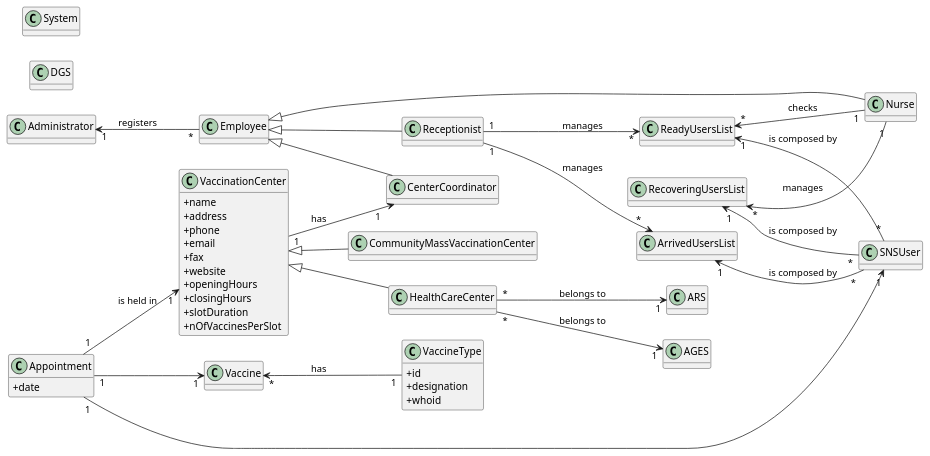
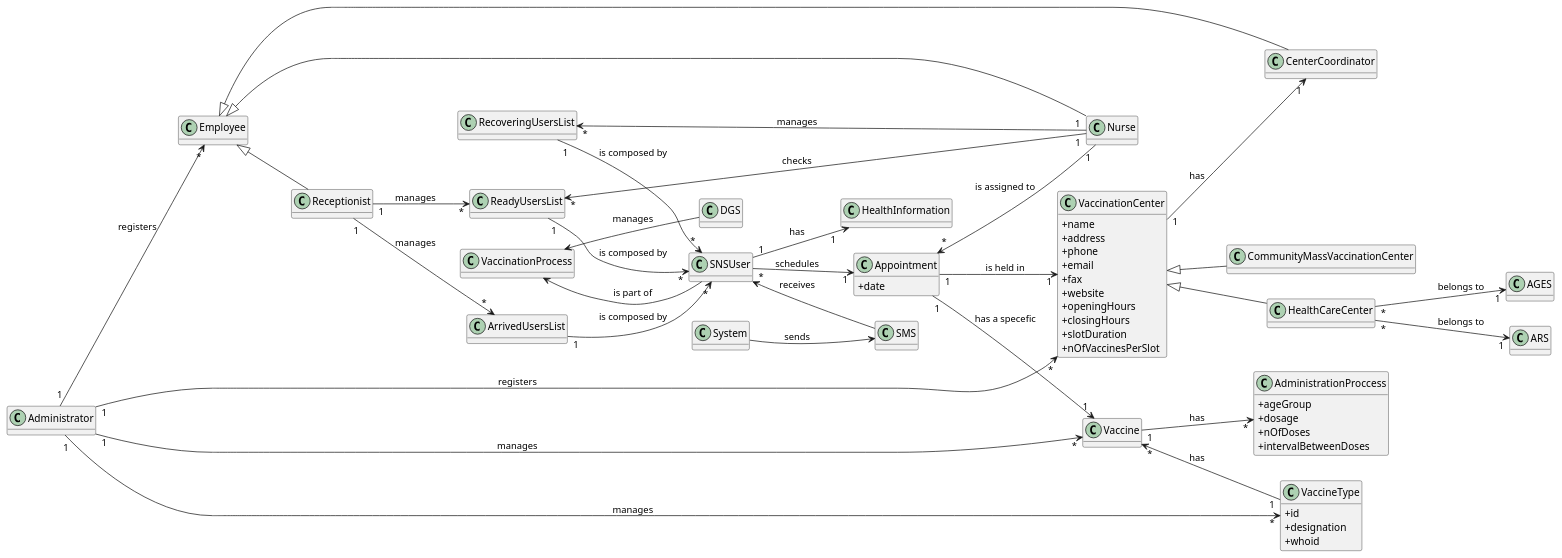
One commit to miseEnPlace-i/lapr2 changed the diagram in docs/SprintA/DM.puml. Above: the diagram before and after it, drawn with PlantUML. The commit also changed 1 other file, not shown here.

```diff
--- a/docs/SprintA/DM.puml
+++ b/docs/SprintA/DM.puml
@@ -1,85 +1,109 @@
 @startuml
 
 hide methods
 left to right direction
 skinparam classAttributeIconSize 0
 
 class CommunityMassVaccinationCenter {}
 
 class HealthCareCenter {}
 
 class VaccinationCenter {
   + name
   + address
   + phone
   + email
   + fax
   + website
   + openingHours
   + closingHours
   + slotDuration
   + nOfVaccinesPerSlot
 }
 
 class Vaccine {}
 
 class VaccineType {
     + id
     + designation
     + whoid
 }
 
 class DGS {}
 
 class SNSUser {}
 
+class HealthInformation {}
+
 class Administrator {}
 
 class Employee {}
 
 class Nurse {}
 
 class Receptionist {}
 
 class CenterCoordinator {}
 
 class Appointment {
   + date
+}
+
+class AdministrationProccess {
+  + ageGroup
+  + dosage
+  + nOfDoses
+  + intervalBetweenDoses
 }
 
 class System {}
 
 class AGES {}
 
 class ARS {}
 
 Vaccine "*" <-- "1" VaccineType : has
 
 Employee <|-- Nurse
 Employee <|-- Receptionist
 Employee <|-- CenterCoordinator
 
 VaccinationCenter <|-- CommunityMassVaccinationCenter
 VaccinationCenter <|-- HealthCareCenter
 
 VaccinationCenter "1" --> "1" CenterCoordinator : has
 
 HealthCareCenter "*" --> "1" AGES : belongs to
 HealthCareCenter "*" --> "1" ARS : belongs to
 
 Appointment "1" --> "1" VaccinationCenter : is held in
-Appointment "1" --> "1" SNSUser  
-Appointment "1" --> "1" Vaccine 
+Appointment "1" --> "1" Vaccine : has a specefic
+Appointment "*" <-- "1" Nurse : is assigned to
 
 Receptionist "1" --> "*" ReadyUsersList : manages
 Receptionist "1" --> "*" ArrivedUsersList : manages
 
-ReadyUsersList "1" <-- "*" SNSUser : is composed by
-ArrivedUsersList "1" <-- "*" SNSUser : is composed by
-RecoveringUsersList "1" <-- "*" SNSUser : is composed by
+ReadyUsersList "1" --> "*" SNSUser : is composed by
+ArrivedUsersList "1" --> "*" SNSUser : is composed by
+RecoveringUsersList "1" --> "*" SNSUser : is composed by
 
 ReadyUsersList "*" <-- "1" Nurse : checks
 RecoveringUsersList "*" <-- "1" Nurse : manages
 
-Administrator "1" <-- "*" Employee : registers
+Administrator "1" --> "*" Employee : registers
+Administrator "1" --> "*" VaccinationCenter : registers
+Administrator "1" --> "*" VaccineType : manages
+Administrator "1" --> "*" Vaccine : manages
+
+VaccinationProcess <-- DGS : manages
+VaccinationProcess <-- SNSUser : is part of
+
+SNSUser "*" --> "1" Appointment : schedules
+SNSUser "1" --> "1" HealthInformation : has
+
+Vaccine "1" --> "*" AdministrationProccess : has
+
+System --> SMS : sends
+SNSUser <-- SMS : receives
+
 @enduml
```
